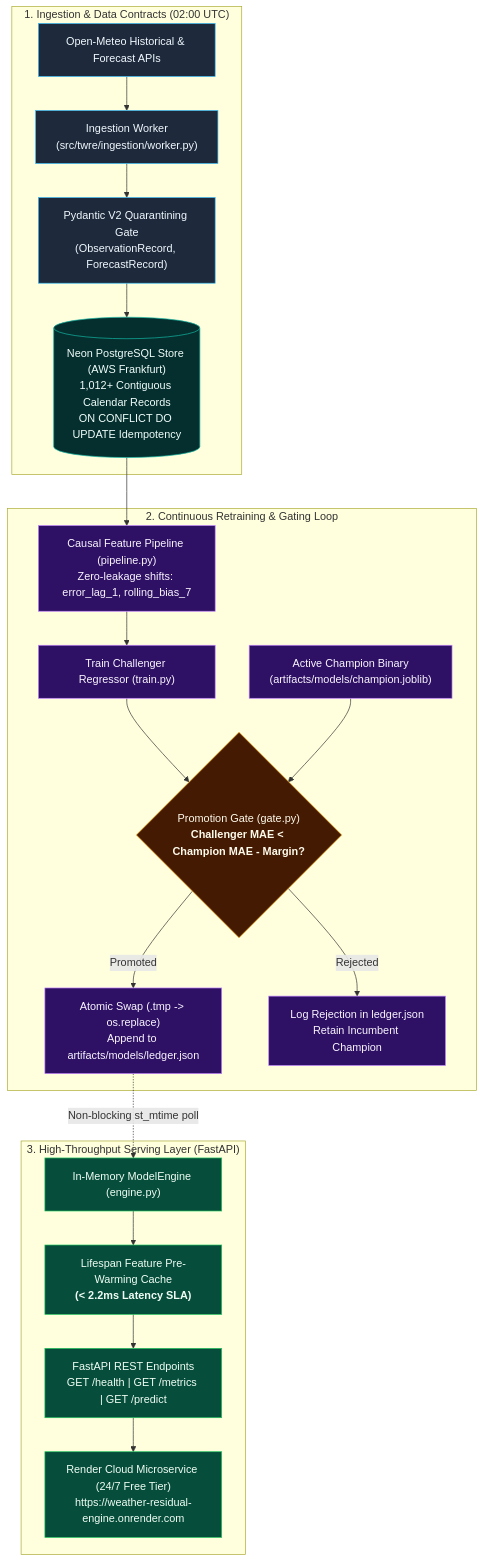
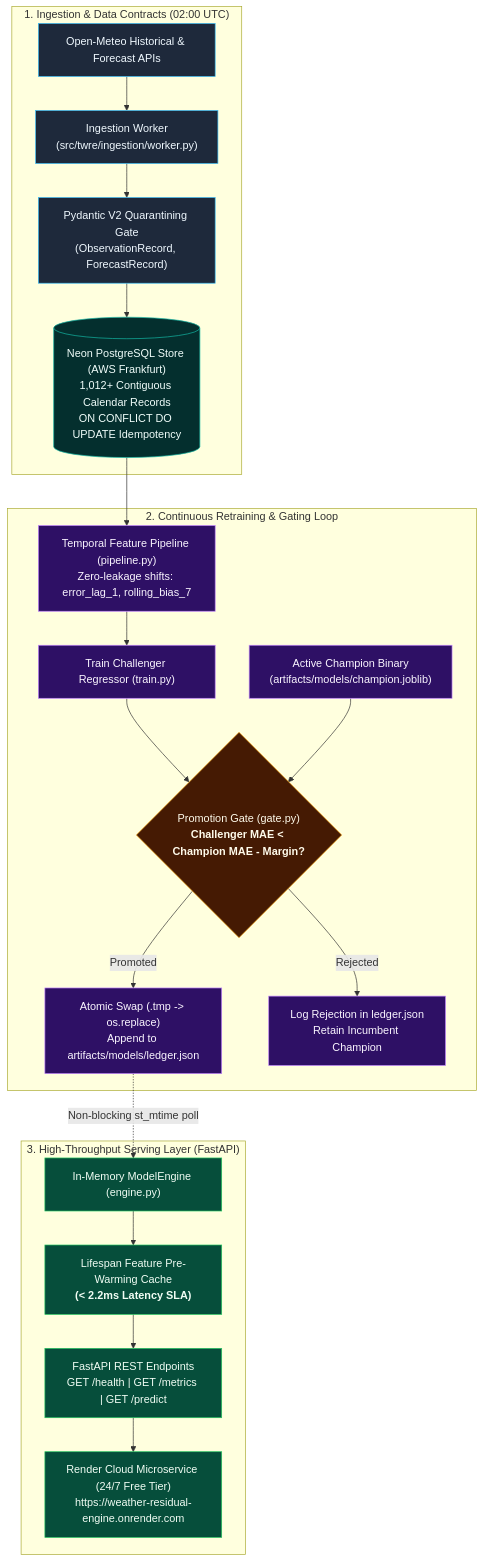
Before and after one commit to vxqzn/weather-residual-engine: the diagram in README.md, drawn with Mermaid. The commit also changed other lines of this file and 12 other files, not shown here.

````diff
--- a/README.md
+++ b/README.md
@@ -33,30 +32,31 @@
 ```mermaid
 flowchart TD
     classDef ext fill:#1e293b,stroke:#38bdf8,stroke-width:1px,color:#f0f9ff;
     classDef db fill:#042f2e,stroke:#14b8a6,stroke-width:1px,color:#f0fdfa;
     classDef ml fill:#2e1065,stroke:#c084fc,stroke-width:1px,color:#faf5ff;
     classDef gate fill:#451a03,stroke:#f59e0b,stroke-width:1px,color:#fffbeb;
     classDef srv fill:#064e3b,stroke:#22c55e,stroke-width:1px,color:#f0fdf4;
 
     subgraph Ingestion["1. Ingestion & Data Contracts (02:00 UTC)"]
         OM["Open-Meteo Historical & Forecast APIs"]:::ext --> Worker["Ingestion Worker<br/>(src/twre/ingestion/worker.py)"]:::ext
         Worker --> Pydantic["Pydantic V2 Quarantining Gate<br/>(ObservationRecord, ForecastRecord)"]:::ext
         Pydantic --> DB[("Neon PostgreSQL Store (AWS Frankfurt)<br/>1,012+ Contiguous Calendar Records<br/>ON CONFLICT DO UPDATE Idempotency")]:::db
     end
 
     subgraph MLOps["2. Continuous Retraining & Gating Loop"]
-        DB --> FeatStore["Causal Feature Pipeline (pipeline.py)<br/>Zero-leakage shifts: error_lag_1, rolling_bias_7"]:::ml
-        FeatStore --> Challenger["Train Challenger Regressor (train.py)"]:::ml
+        DB --> FeatStore["Temporal Feature Pipeline (pipeline.py)<br/>Zero-leakage shifts: error_lag_1, rolling_bias_7"]:::ml
+        Challenger["Train Challenger Regressor (train.py)"]:::ml
+        FeatStore --> Challenger
         Challenger --> Gate{"Promotion Gate (gate.py)<br/><b>Challenger MAE < Champion MAE - Margin?</b>"}:::gate
         Champion["Active Champion Binary<br/>(artifacts/models/champion.joblib)"]:::ml --> Gate
         Gate -- Promoted --> Atomic["Atomic Swap (.tmp -> os.replace)<br/>Append to artifacts/models/ledger.json"]:::ml
         Gate -- Rejected --> LogRejection["Log Rejection in ledger.json<br/>Retain Incumbent Champion"]:::ml
     end
 
     subgraph Serving["3. High-Throughput Serving Layer (FastAPI)"]
         Atomic -. Non-blocking st_mtime poll .-> ModelEngine["In-Memory ModelEngine (engine.py)"]:::srv
         ModelEngine --> Cache["Lifespan Feature Pre-Warming Cache<br/><b>(&lt; 2.2ms Latency SLA)</b>"]:::srv
         Cache --> Endpoints["FastAPI REST Endpoints<br/>GET /health | GET /metrics | GET /predict"]:::srv
         Endpoints --> Render["Render Cloud Microservice (24/7 Free Tier)<br/>https://weather-residual-engine.onrender.com"]:::srv
     end
 ```
````
